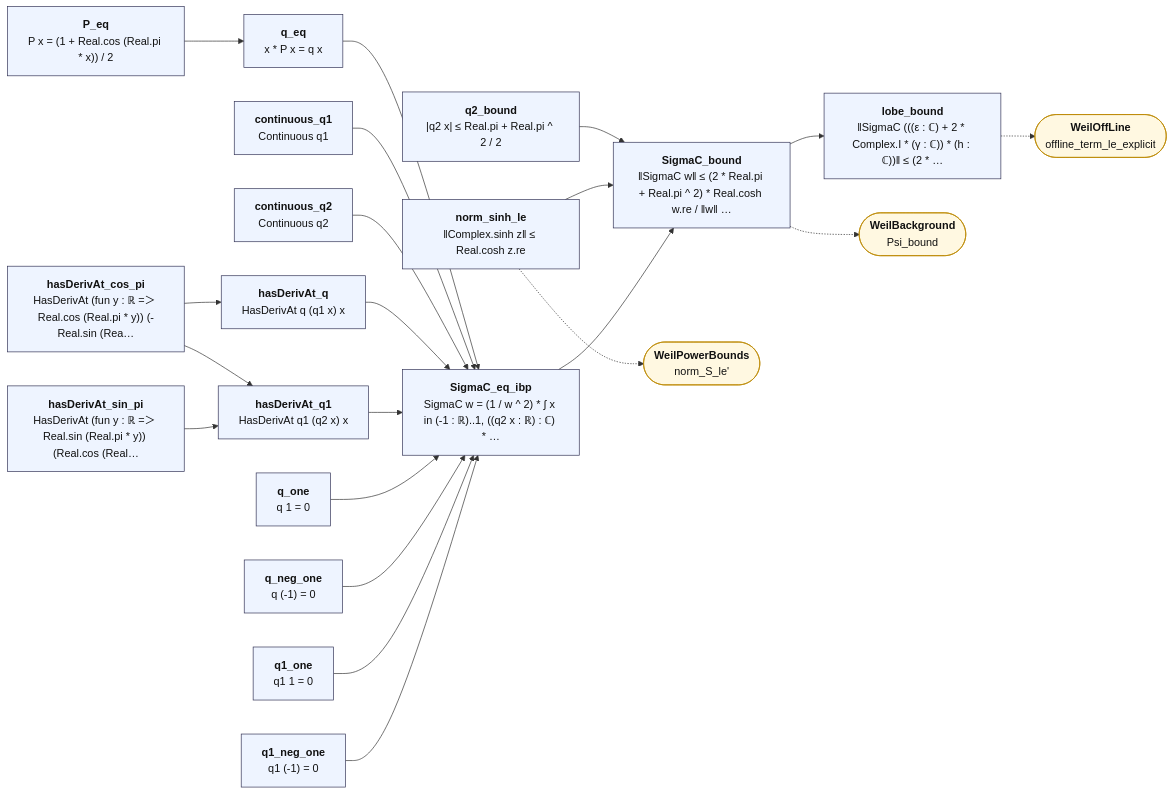
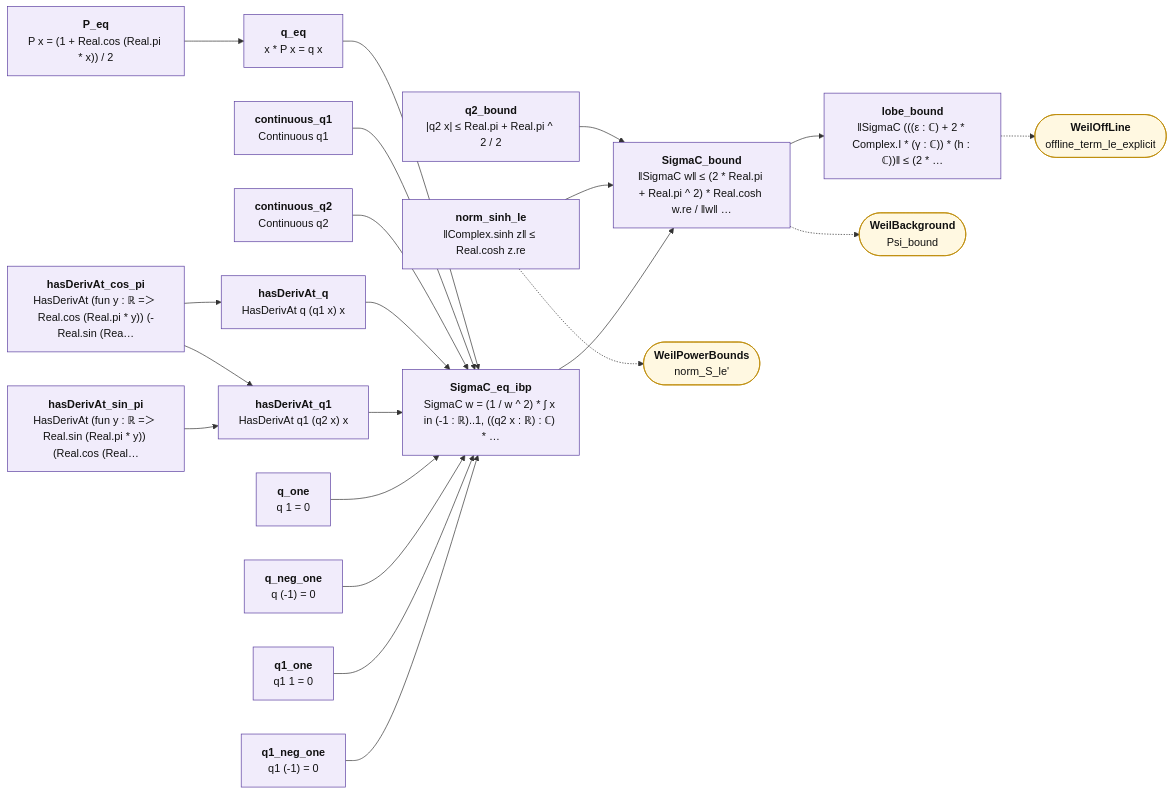
Before and after one commit to juliansambranojr/Primebeat_081426: the diagram in map/lean_stage3/WeilLobe.md, drawn with Mermaid. The commit also changed other lines of this file and 398 other files, not shown here.

````diff
--- a/map/lean_stage3/WeilLobe.md
+++ b/map/lean_stage3/WeilLobe.md
@@ -12,48 +12,51 @@
 ```mermaid
 flowchart LR
-  n0["<b>P_eq</b><br/>P x = (1 + Real.cos (Real.pi * x)) / 2"]:::thm
-  n1["<b>q_eq</b><br/>x * P x = q x"]:::thm
-  n2["<b>hasDerivAt_cos_pi</b><br/>HasDerivAt (fun y : ℝ =＞ Real.cos (Real.pi * y)) (-Real.sin (Rea…"]:::thm
-  n3["<b>hasDerivAt_sin_pi</b><br/>HasDerivAt (fun y : ℝ =＞ Real.sin (Real.pi * y)) (Real.cos (Real…"]:::thm
-  n4["<b>hasDerivAt_q</b><br/>HasDerivAt q (q1 x) x"]:::thm
-  n5["<b>hasDerivAt_q1</b><br/>HasDerivAt q1 (q2 x) x"]:::thm
-  n6["<b>q_one</b><br/>q 1 = 0"]:::thm
-  n7["<b>q_neg_one</b><br/>q (-1) = 0"]:::thm
-  n8["<b>q1_one</b><br/>q1 1 = 0"]:::thm
-  n9["<b>q1_neg_one</b><br/>q1 (-1) = 0"]:::thm
-  n10["<b>continuous_q1</b><br/>Continuous q1"]:::thm
-  n11["<b>continuous_q2</b><br/>Continuous q2"]:::thm
-  n12["<b>q2_bound</b><br/>|q2 x| ≤ Real.pi + Real.pi ^ 2 / 2"]:::thm
-  n13["<b>norm_sinh_le</b><br/>‖Complex.sinh z‖ ≤ Real.cosh z.re"]:::thm
-  n14["<b>SigmaC_eq_ibp</b><br/>SigmaC w = (1 / w ^ 2) * ∫ x in (-1 : ℝ)..1, ((q2 x : ℝ) : ℂ) * …"]:::thm
-  n15["<b>SigmaC_bound</b><br/>‖SigmaC w‖ ≤ (2 * Real.pi + Real.pi ^ 2) * Real.cosh w.re / ‖w‖ …"]:::thm
-  n16["<b>lobe_bound</b><br/>‖SigmaC (((ε : ℂ) + 2 * Complex.I * (γ : ℂ)) * (h : ℂ))‖ ≤ (2 * …"]:::thm
+  n0["<b>P_eq</b><br/>P x = (1 + Real.cos (Real.pi * x)) / 2"]:::shp
+  n1["<b>q_eq</b><br/>x * P x = q x"]:::shp
+  n2["<b>hasDerivAt_cos_pi</b><br/>HasDerivAt (fun y : ℝ =＞ Real.cos (Real.pi * y)) (-Real.sin (Rea…"]:::shp
+  n3["<b>hasDerivAt_sin_pi</b><br/>HasDerivAt (fun y : ℝ =＞ Real.sin (Real.pi * y)) (Real.cos (Real…"]:::shp
+  n4["<b>hasDerivAt_q</b><br/>HasDerivAt q (q1 x) x"]:::shp
+  n5["<b>hasDerivAt_q1</b><br/>HasDerivAt q1 (q2 x) x"]:::shp
+  n6["<b>q_one</b><br/>q 1 = 0"]:::shp
+  n7["<b>q_neg_one</b><br/>q (-1) = 0"]:::shp
+  n8["<b>q1_one</b><br/>q1 1 = 0"]:::shp
+  n9["<b>q1_neg_one</b><br/>q1 (-1) = 0"]:::shp
+  n10["<b>continuous_q1</b><br/>Continuous q1"]:::shp
+  n11["<b>continuous_q2</b><br/>Continuous q2"]:::shp
+  n12["<b>q2_bound</b><br/>|q2 x| ≤ Real.pi + Real.pi ^ 2 / 2"]:::shp
+  n13["<b>norm_sinh_le</b><br/>‖Complex.sinh z‖ ≤ Real.cosh z.re"]:::shp
+  n14["<b>SigmaC_eq_ibp</b><br/>SigmaC w = (1 / w ^ 2) * ∫ x in (-1 : ℝ)..1, ((q2 x : ℝ) : ℂ) * …"]:::shp
+  n15["<b>SigmaC_bound</b><br/>‖SigmaC w‖ ≤ (2 * Real.pi + Real.pi ^ 2) * Real.cosh w.re / ‖w‖ …"]:::shp
+  n16["<b>lobe_bound</b><br/>‖SigmaC (((ε : ℂ) + 2 * Complex.I * (γ : ℂ)) * (h : ℂ))‖ ≤ (2 * …"]:::shp
   x0(["<b>WeilPowerBounds</b><br/>norm_S_le'"]):::ext
   x1(["<b>WeilBackground</b><br/>Psi_bound"]):::ext
   x2(["<b>WeilOffLine</b><br/>offline_term_le_explicit"]):::ext
   n0 --> n1
   n1 --> n14
   n10 --> n14
   n11 --> n14
   n12 --> n15
   n13 --> n15
   n14 --> n15
   n15 --> n16
   n2 --> n4
   n2 --> n5
   n3 --> n5
   n4 --> n14
   n5 --> n14
   n6 --> n14
   n7 --> n14
   n8 --> n14
   n9 --> n14
   n13 -.-> x0
   n15 -.-> x1
   n16 -.-> x2
+  classDef cnt fill:#dff5ec,stroke:#17694a,color:#111
+  classDef shp fill:#f1ecfb,stroke:#5b3fa0,color:#111
+  classDef rh fill:#ffe5e5,stroke:#c22,color:#111,stroke-width:2px
   classDef thm fill:#eef4ff,stroke:#335,color:#111
   classDef end_ fill:#e7f7e7,stroke:#2a7,color:#111,stroke-width:2px
   classDef lone fill:#fff,stroke:#999,color:#111,stroke-dasharray:4 3
   classDef bad fill:#ffe5e5,stroke:#c22,color:#111,stroke-width:2px
   classDef ext fill:#fff8e1,stroke:#b80,color:#111
 ```
````
